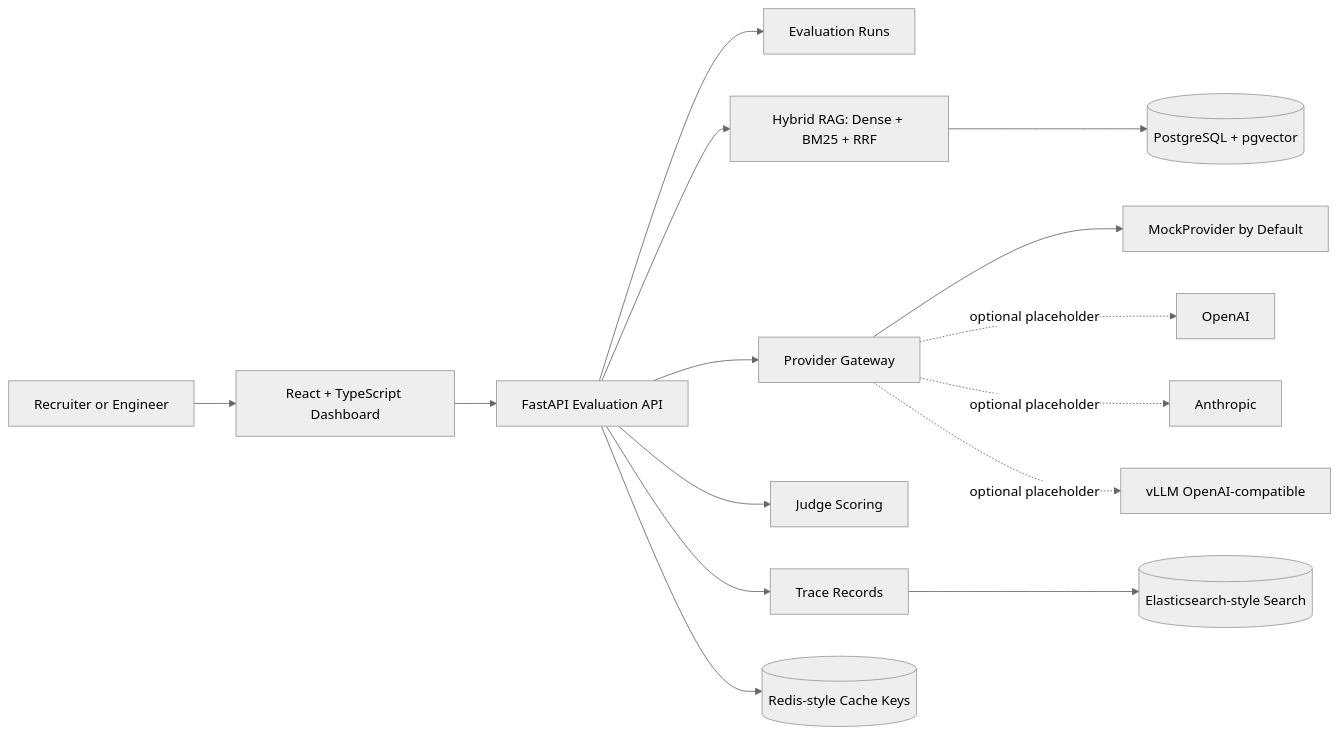
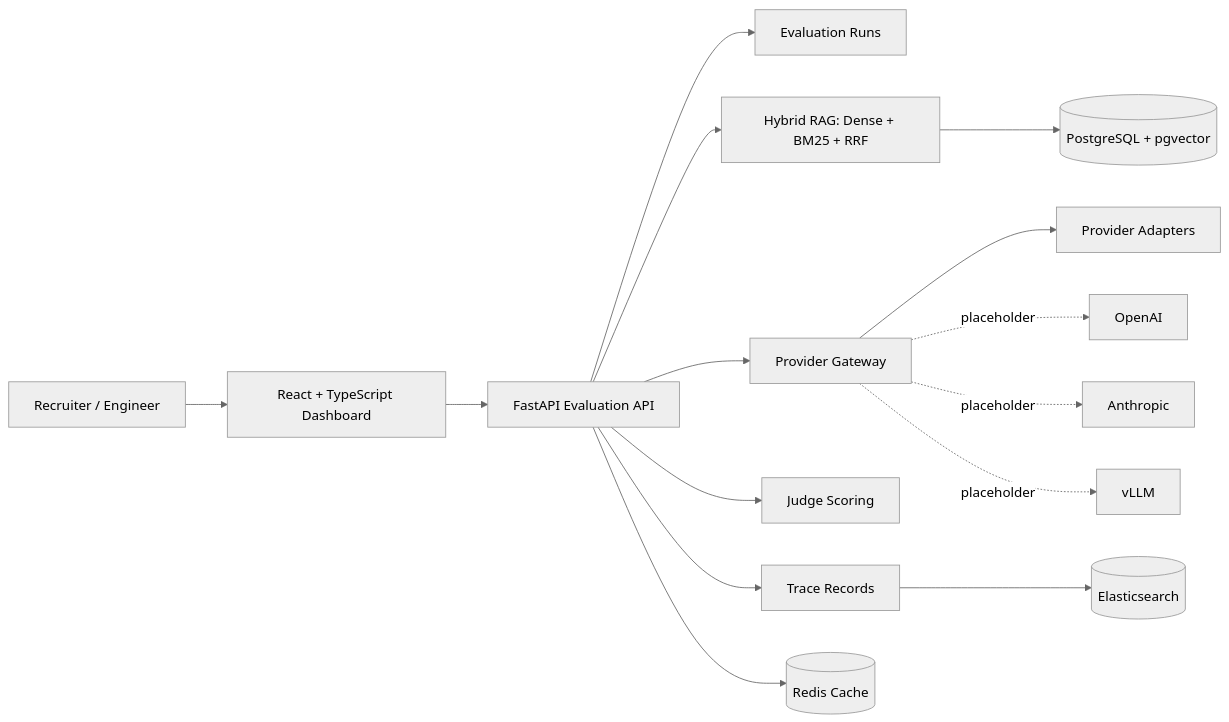
Before and after one commit to XiaoyunYin/llm-eval-rag-observability-platform: the diagram in README.md, drawn with Mermaid (neutral theme). The commit also changed other lines of this file and 4 other files, not shown here.

````diff
--- a/README.md
+++ b/README.md
@@ -13,17 +19,17 @@
 ```mermaid
 flowchart LR
-    Reviewer[Recruiter or Engineer] --> Dashboard[React + TypeScript Dashboard]
+    Reviewer[Recruiter / Engineer] --> Dashboard[React + TypeScript Dashboard]
     Dashboard --> API[FastAPI Evaluation API]
     API --> Runs[Evaluation Runs]
     API --> Retrieval[Hybrid RAG: Dense + BM25 + RRF]
     API --> Gateway[Provider Gateway]
     API --> Judge[Judge Scoring]
     API --> Trace[Trace Records]
     Retrieval --> Postgres[(PostgreSQL + pgvector)]
-    API --> Redis[(Redis-style Cache Keys)]
-    Trace --> Elasticsearch[(Elasticsearch-style Search)]
-    Gateway --> Mock[MockProvider by Default]
-    Gateway -. optional placeholder .-> OpenAI[OpenAI]
-    Gateway -. optional placeholder .-> Anthropic[Anthropic]
-    Gateway -. optional placeholder .-> VLLM[vLLM OpenAI-compatible]
+    API --> Redis[(Redis Cache)]
+    Trace --> Elasticsearch[(Elasticsearch)]
+    Gateway --> Adapters[Provider Adapters]
+    Gateway -. placeholder .-> OpenAI[OpenAI]
+    Gateway -. placeholder .-> Anthropic[Anthropic]
+    Gateway -. placeholder .-> VLLM[vLLM]
 ```
````
